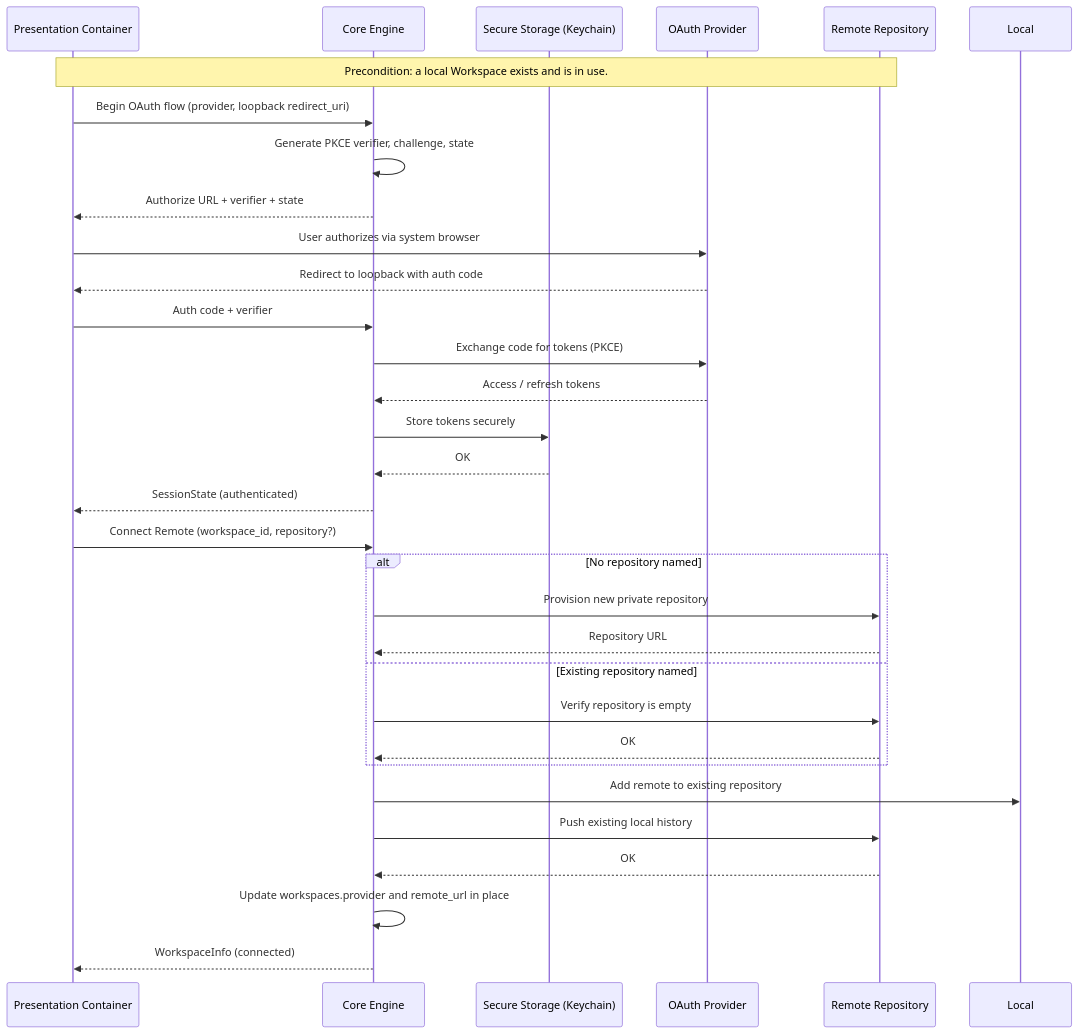
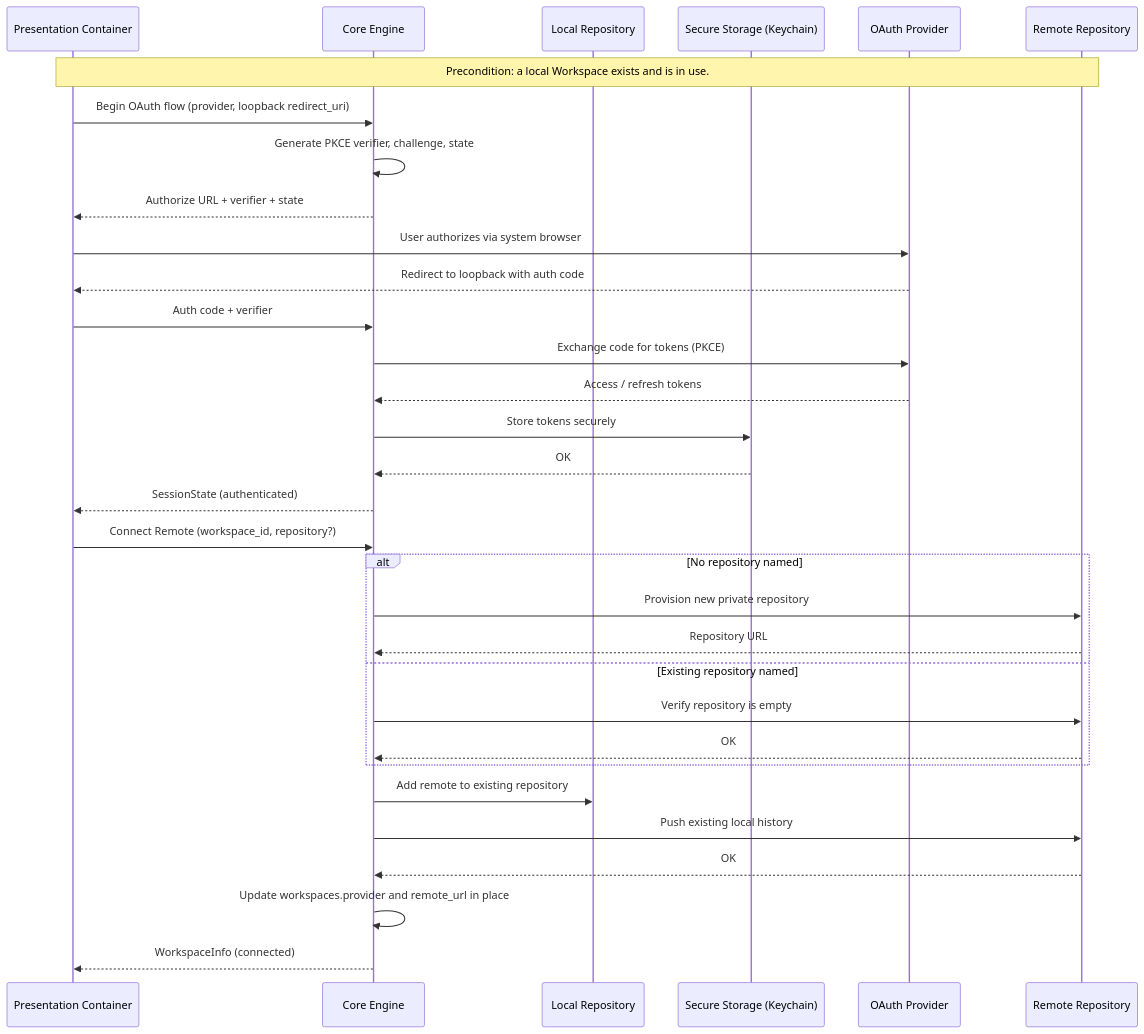
One commit to SkrOYC/burlmd changed the diagram in .constitution/architecture/flows/flow-auth-handshake.md. Above: the diagram before and after it, drawn with Mermaid. The commit also changed 15 other files, not shown here.

First line of the commit message:
Fix review round 1: schema keys, reparse contradiction, scope holes

````diff
--- a/.constitution/architecture/flows/flow-auth-handshake.md
+++ b/.constitution/architecture/flows/flow-auth-handshake.md
@@ -7,39 +7,40 @@
 ```mermaid
 sequenceDiagram
     participant UI as Presentation Container
     participant Core as Core Engine
+    participant Local as Local Repository
     participant OS as Secure Storage (Keychain)
     participant OAuth as OAuth Provider
     participant Remote as Remote Repository
 
     Note over UI,Remote: Precondition: a local Workspace exists and is in use.
 
     UI->>Core: Begin OAuth flow (provider, loopback redirect_uri)
     Core->>Core: Generate PKCE verifier, challenge, state
     Core-->>UI: Authorize URL + verifier + state
 
     UI->>OAuth: User authorizes via system browser
     OAuth-->>UI: Redirect to loopback with auth code
     UI->>Core: Auth code + verifier
 
     Core->>OAuth: Exchange code for tokens (PKCE)
     OAuth-->>Core: Access / refresh tokens
     Core->>OS: Store tokens securely
     OS-->>Core: OK
     Core-->>UI: SessionState (authenticated)
 
     UI->>Core: Connect Remote (workspace_id, repository?)
     alt No repository named
         Core->>Remote: Provision new private repository
         Remote-->>Core: Repository URL
     else Existing repository named
         Core->>Remote: Verify repository is empty
         Remote-->>Core: OK
     end
 
     Core->>Local: Add remote to existing repository
     Core->>Remote: Push existing local history
     Remote-->>Core: OK
     Core->>Core: Update workspaces.provider and remote_url in place
     Core-->>UI: WorkspaceInfo (connected)
 ```
````
